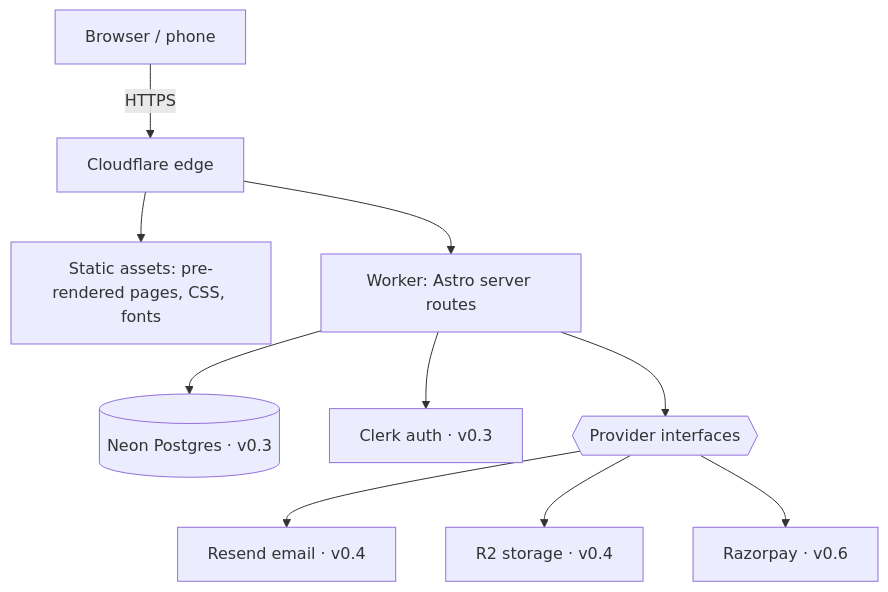
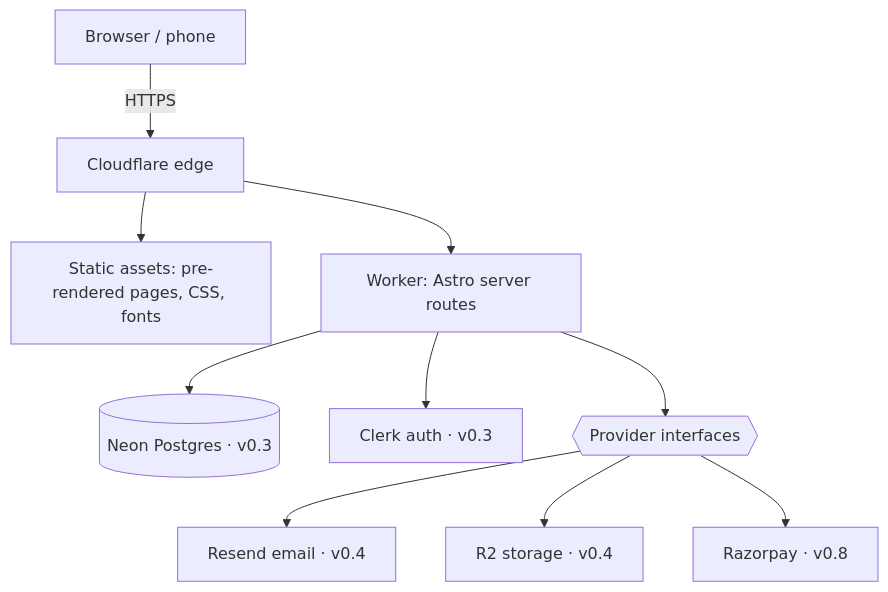
The first of 2 diagrams in README.md (vasanthpai/PrepNest), drawn with Mermaid before and after one commit. The commit also changed other lines of this file and 11 other files, not shown here.

First line of the commit message:
docs: add learning games to the roadmap

````diff
--- a/README.md
+++ b/README.md
@@ -32,12 +35,12 @@
 ```mermaid
 flowchart TB
   U[Browser / phone] -->|HTTPS| E[Cloudflare edge]
   E --> A[Static assets: pre-rendered pages, CSS, fonts]
   E --> W[Worker: Astro server routes]
   W --> DB[(Neon Postgres · v0.3)]
   W --> C[Clerk auth · v0.3]
   W --> P{{Provider interfaces}}
   P --> RS[Resend email · v0.4]
   P --> R2[R2 storage · v0.4]
-  P --> RZ[Razorpay · v0.6]
+  P --> RZ[Razorpay · v0.8]
 ```
````
